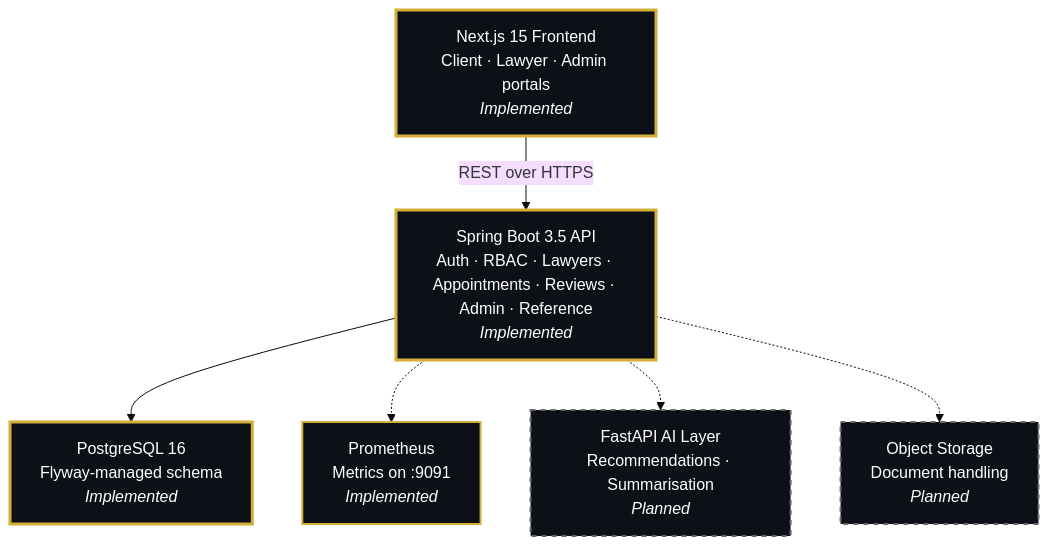
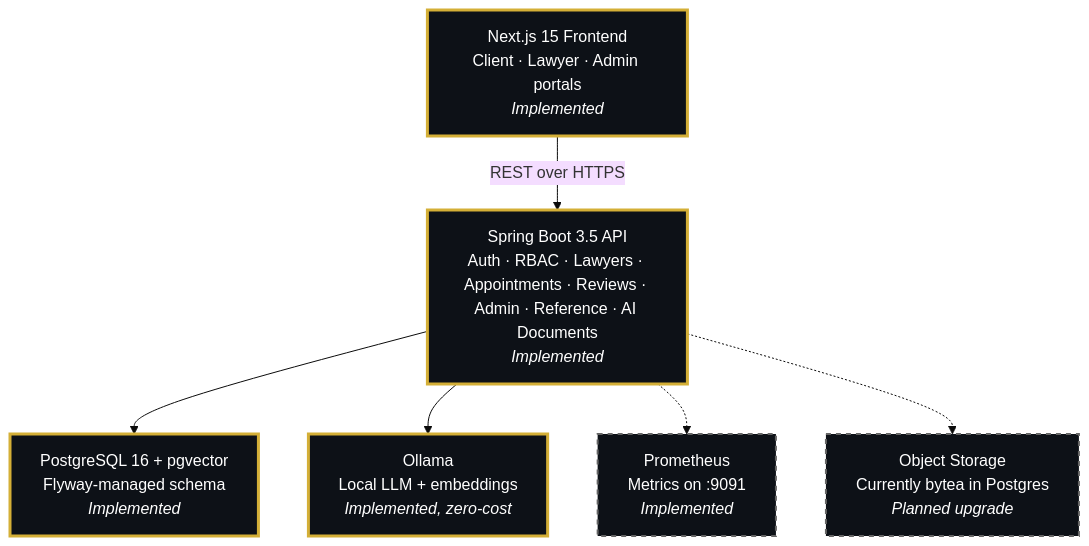
One commit to arshraj1020/vakil-connect changed the second of 3 diagrams in README.md. Above: the diagram before and after it, drawn with Mermaid (base theme). The commit also changed other lines of this file and 22 other files, not shown here.

Commit message:
feat: wire document intelligence frontend

````diff
--- a/README.md
+++ b/README.md
@@ -111,15 +207,15 @@
 ```mermaid
 flowchart TD
- A["Next.js 15 Frontend<br/>Client · Lawyer · Admin portals<br/><i>Implemented</i>"] -->|REST over HTTPS| B["Spring Boot 3.5 API<br/>Auth · RBAC · Lawyers · Appointments · Reviews · Admin · Reference<br/><i>Implemented</i>"]
- B --> C["PostgreSQL 16<br/>Flyway-managed schema<br/><i>Implemented</i>"]
- B -.-> D["Prometheus<br/>Metrics on :9091<br/><i>Implemented</i>"]
- B -.-> E["FastAPI AI Layer<br/>Recommendations · Summarisation<br/><i>Planned</i>"]
- B -.-> F["Object Storage<br/>Document handling<br/><i>Planned</i>"]
+ A["Next.js 15 Frontend<br/>Client · Lawyer · Admin portals<br/><i>Implemented</i>"] -->|REST over HTTPS| B["Spring Boot 3.5 API<br/>Auth · RBAC · Lawyers · Appointments · Reviews · Admin · Reference · AI Documents<br/><i>Implemented</i>"]
+ B --> C["PostgreSQL 16 + pgvector<br/>Flyway-managed schema<br/><i>Implemented</i>"]
+ B --> D["Ollama<br/>Local LLM + embeddings<br/><i>Implemented, zero-cost</i>"]
+ B -.-> E["Prometheus<br/>Metrics on :9091<br/><i>Implemented</i>"]
+ B -.-> F["Object Storage<br/>Currently bytea in Postgres<br/><i>Planned upgrade</i>"]
 
  style A fill:#0d1117,stroke:#D4AF37,stroke-width:3px,color:#fff
  style B fill:#0d1117,stroke:#D4AF37,stroke-width:3px,color:#fff
  style C fill:#0d1117,stroke:#D4AF37,stroke-width:3px,color:#fff
- style D fill:#0d1117,stroke:#D4AF37,stroke-width:2px,color:#fff
+ style D fill:#0d1117,stroke:#D4AF37,stroke-width:3px,color:#fff
  style E fill:#0d1117,stroke:#666,stroke-width:2px,color:#fff,stroke-dasharray: 5 5
  style F fill:#0d1117,stroke:#666,stroke-width:2px,color:#fff,stroke-dasharray: 5 5
 ```
````
